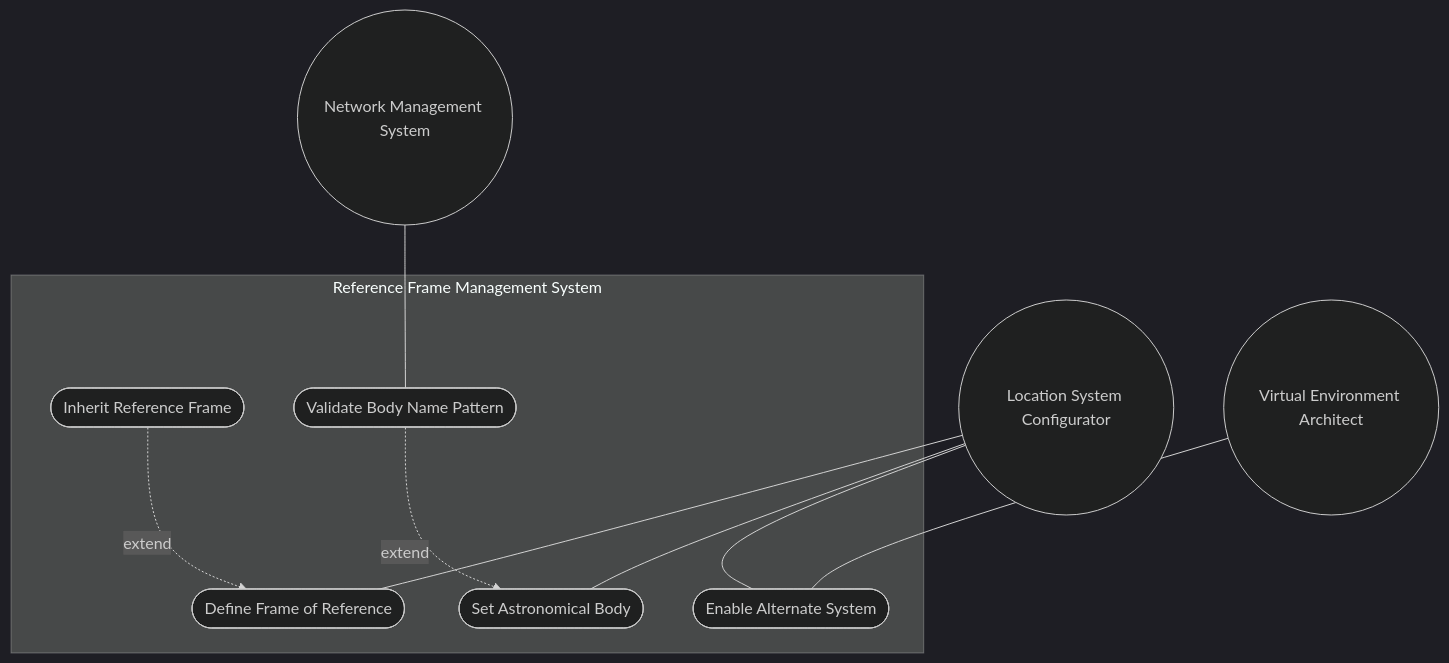
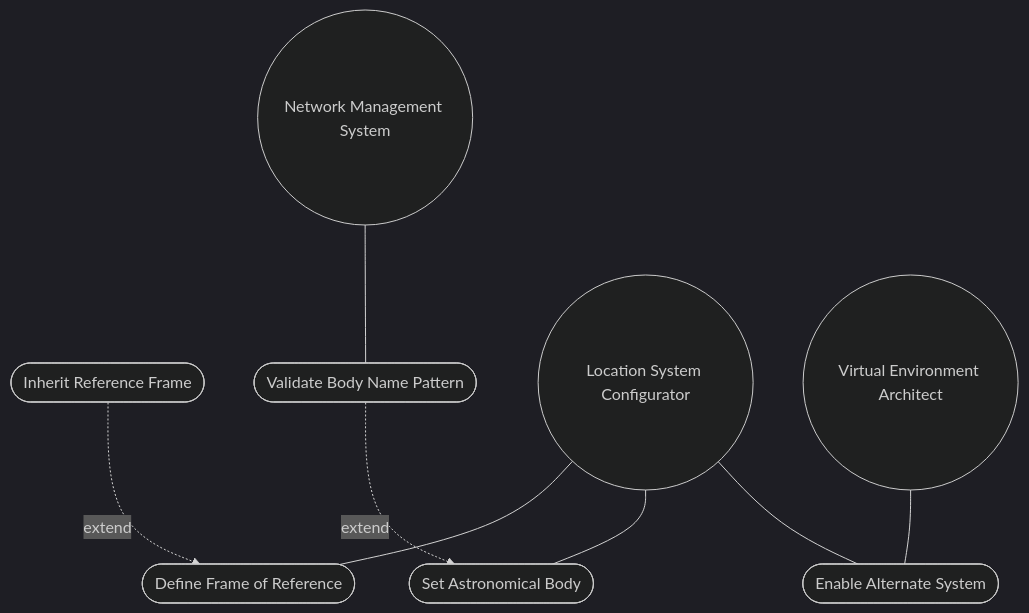
The first of 2 diagrams in docs/use-cases/uc-07-reference-frame-definition.md (gintatkinson/3dgs-030), drawn with Mermaid (dark theme) before and after one commit. The commit also changed 20 other files, not shown here.

First line of the commit message:
fix: repair Mermaid rendering across all 18 use cases and 5 topology features

````diff
--- a/docs/use-cases/uc-07-reference-frame-definition.md
+++ b/docs/use-cases/uc-07-reference-frame-definition.md
@@ -96,17 +96,15 @@
 ```mermaid
 graph TD
-    subgraph System["Reference Frame Management System"]
         UC01([Define Frame of Reference])
         UC02([Set Astronomical Body])
         UC03([Enable Alternate System])
         UC04([Inherit Reference Frame])
         UC05([Validate Body Name Pattern])
-    end
     Configurator((Location System Configurator)) --- UC01
     Configurator --- UC02
     Configurator --- UC03
     UC04 -. "extend" .-> UC01
     UC05 -. "extend" .-> UC02
     VirtArch((Virtual Environment Architect)) --- UC03
     NMS((Network Management System)) --- UC05
 ```
````
